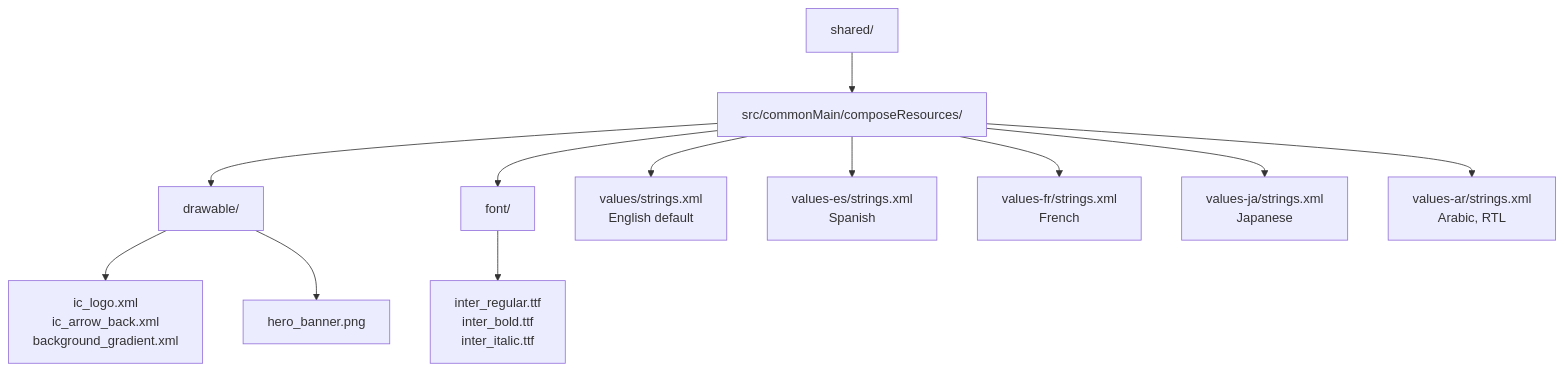
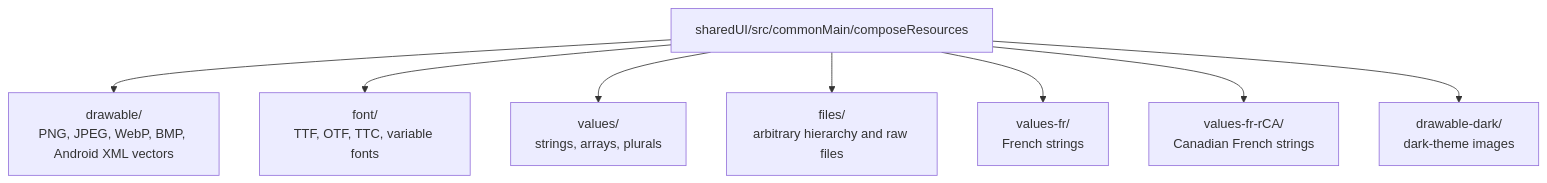
One commit to swarnsingh/android-staff-engineer-playbook-website changed the first of 2 diagrams in android/kotlin-multiplatform/ui-sharing/resource-sharing.md. Above: the diagram before and after it, drawn with Mermaid. The commit also changed other lines of this file and 1 other file, not shown here.

````diff
--- a/android/kotlin-multiplatform/ui-sharing/resource-sharing.md
+++ b/android/kotlin-multiplatform/ui-sharing/resource-sharing.md
@@ -51,14 +49,11 @@
 ```mermaid
 flowchart TD
-    shared["shared/"] --> src["src/commonMain/composeResources/"]
-    src --> drawable["drawable/"]
-    drawable --> vectors["ic_logo.xml<br/>ic_arrow_back.xml<br/>background_gradient.xml"]
-    drawable --> raster["hero_banner.png"]
-    src --> font["font/"]
-    font --> fonts["inter_regular.ttf<br/>inter_bold.ttf<br/>inter_italic.ttf"]
-    src --> default["values/strings.xml<br/>English default"]
-    src --> spanish["values-es/strings.xml<br/>Spanish"]
-    src --> french["values-fr/strings.xml<br/>French"]
-    src --> japanese["values-ja/strings.xml<br/>Japanese"]
-    src --> arabic["values-ar/strings.xml<br/>Arabic, RTL"]
+    root["sharedUI/src/commonMain/composeResources"]
+    root --> drawable["drawable/<br/>PNG, JPEG, WebP, BMP, Android XML vectors"]
+    root --> font["font/<br/>TTF, OTF, TTC, variable fonts"]
+    root --> values["values/<br/>strings, arrays, plurals"]
+    root --> files["files/<br/>arbitrary hierarchy and raw files"]
+    root --> french["values-fr/<br/>French strings"]
+    root --> canada["values-fr-rCA/<br/>Canadian French strings"]
+    root --> dark["drawable-dark/<br/>dark-theme images"]
 ```
````
